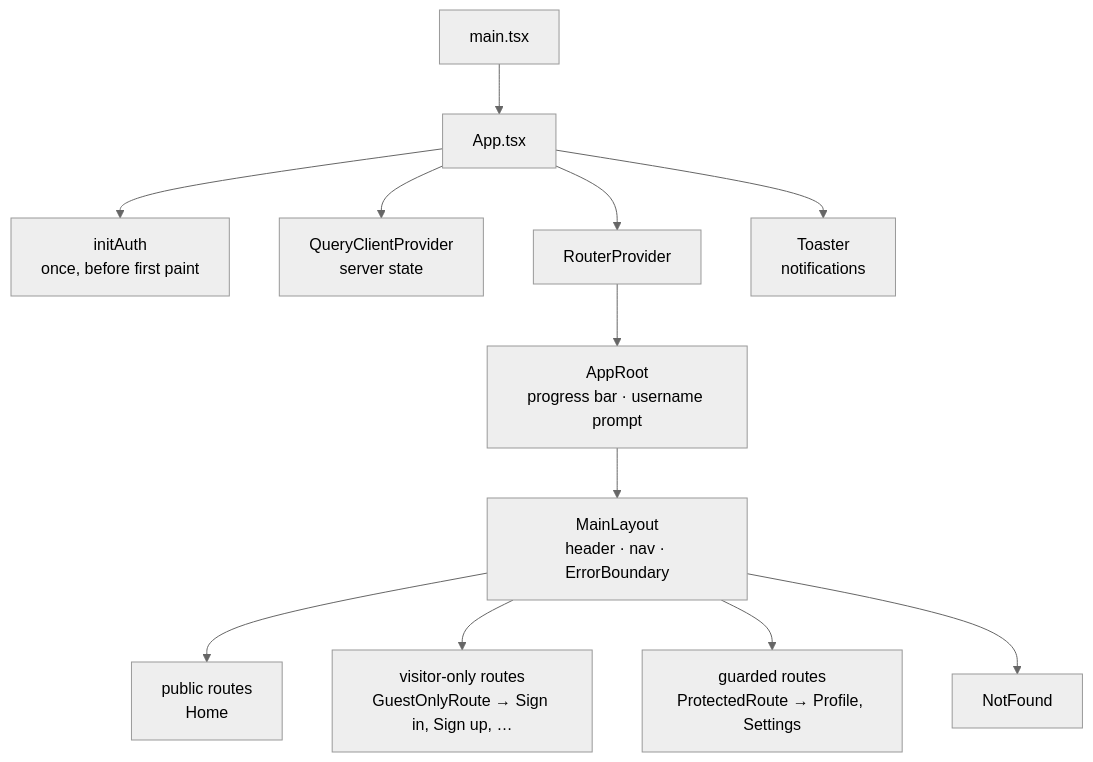
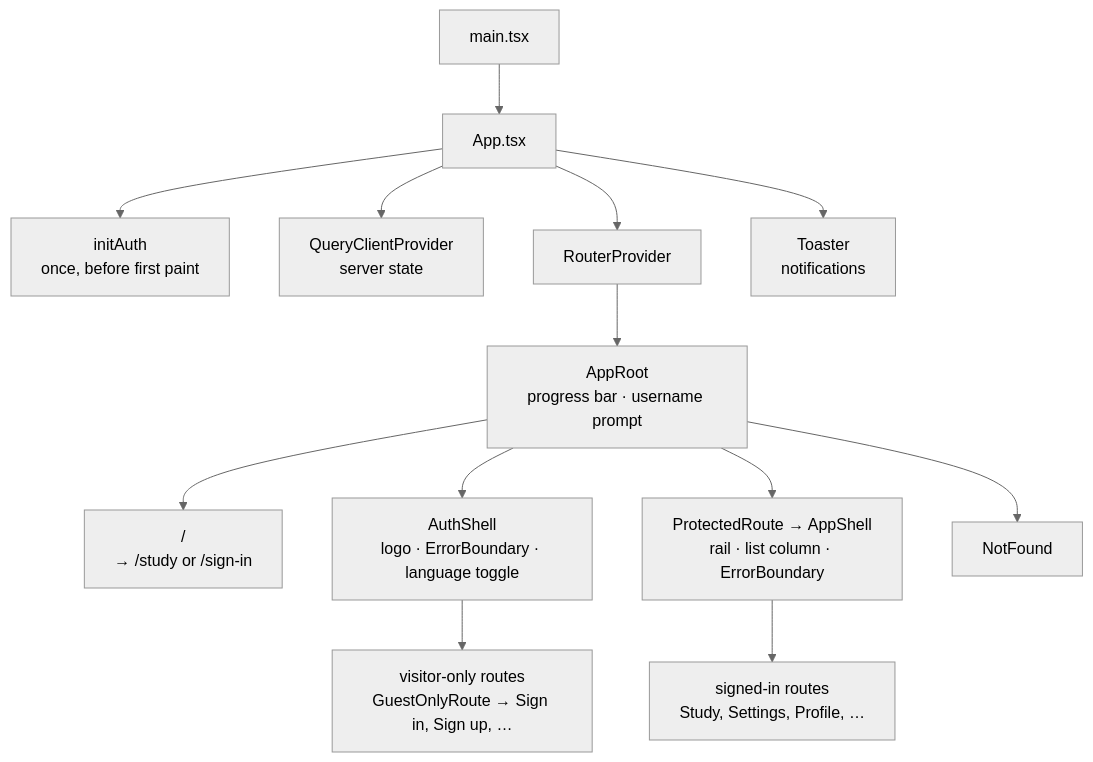
One commit to StoriuSs/NezFocus-Frontend changed the first of 4 diagrams in OVERVIEW.md. Above: the diagram before and after it, drawn with Mermaid (neutral theme). The commit also changed other lines of this file and 83 other files, not shown here.

First line of the commit message:
feat(shell): design tokens, AuthShell and the three-column AppShell

````diff
--- a/OVERVIEW.md
+++ b/OVERVIEW.md
@@ -83,16 +83,17 @@
 ```mermaid
 flowchart TB
     Main["main.tsx"] --> App["App.tsx"]
 
     App --> Init["initAuth<br/>once, before first paint"]
     App --> QP["QueryClientProvider<br/>server state"]
     App --> RP["RouterProvider"]
     App --> Toast["Toaster<br/>notifications"]
 
     RP --> Root["AppRoot<br/>progress bar · username prompt"]
-    Root --> Layout["MainLayout<br/>header · nav · ErrorBoundary"]
-    Layout --> Public["public routes<br/>Home"]
-    Layout --> Guest["visitor-only routes<br/>GuestOnlyRoute → Sign in, Sign up, …"]
-    Layout --> Guarded["guarded routes<br/>ProtectedRoute → Profile, Settings"]
-    Layout --> NF["NotFound"]
+    Root --> Home["/<br/>→ /study or /sign-in"]
+    Root --> Auth["AuthShell<br/>logo · ErrorBoundary · language toggle"]
+    Auth --> Guest["visitor-only routes<br/>GuestOnlyRoute → Sign in, Sign up, …"]
+    Root --> Shell["ProtectedRoute → AppShell<br/>rail · list column · ErrorBoundary"]
+    Shell --> Guarded["signed-in routes<br/>Study, Settings, Profile, …"]
+    Root --> NF["NotFound"]
 ```
````
